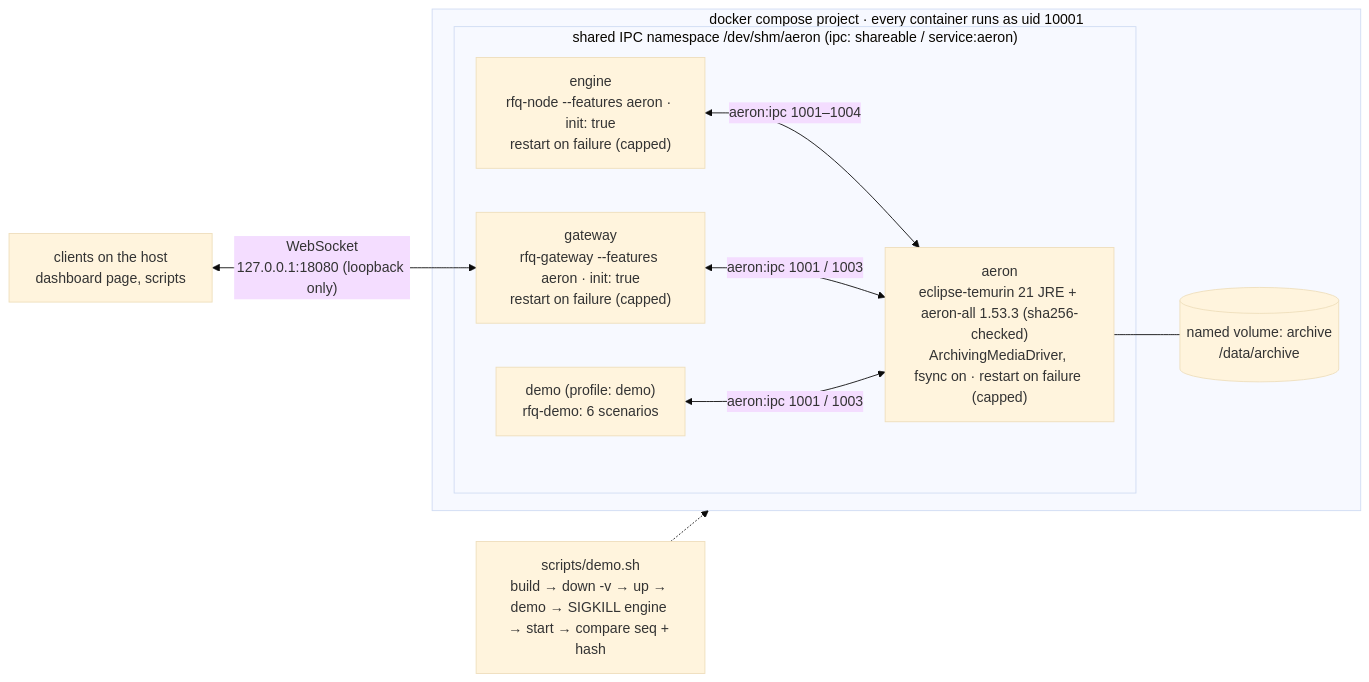
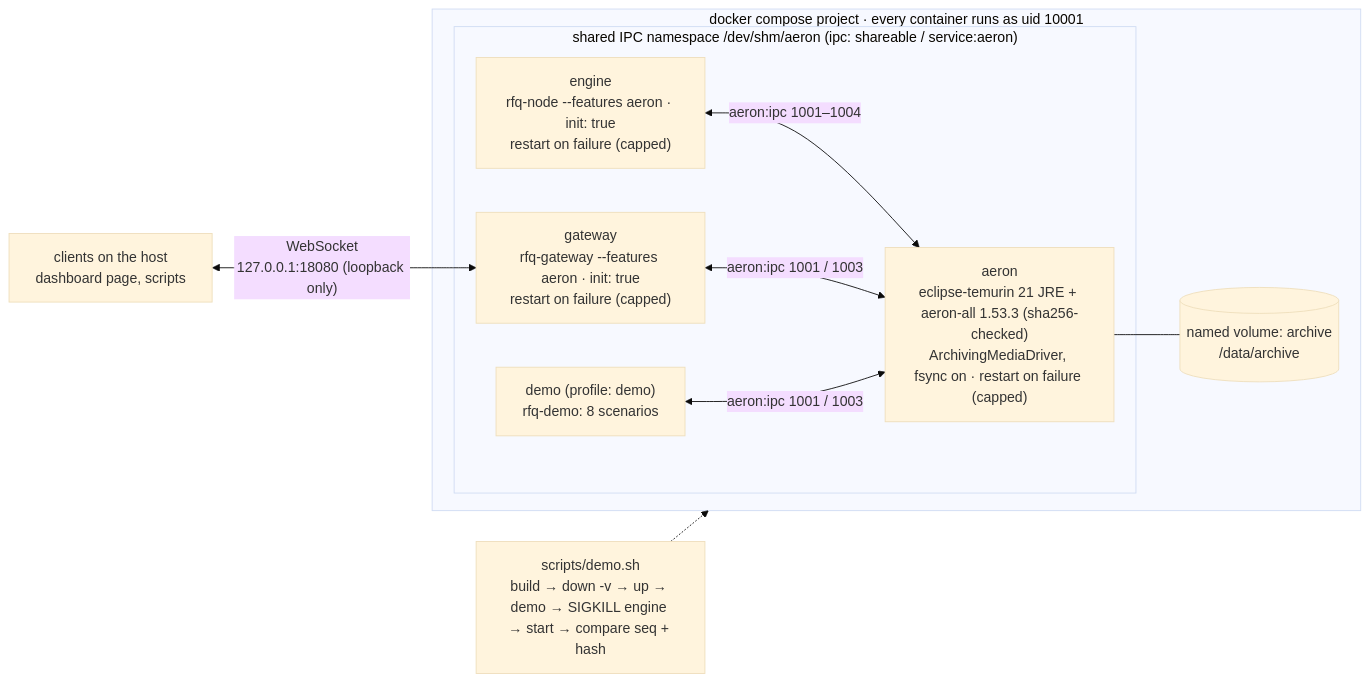
One commit to hmdsefi/rfq changed the fifth of 7 diagrams in docs/architecture/overview.md. Above: the diagram before and after it, drawn with Mermaid (base theme). The commit also changed other lines of this file and 7 other files, not shown here.

````diff
--- a/docs/architecture/overview.md
+++ b/docs/architecture/overview.md
@@ -185,18 +185,18 @@
 ```mermaid
 flowchart LR
   subgraph PROJ["docker compose project · every container runs as uid 10001"]
     subgraph SHM["shared IPC namespace /dev/shm/aeron (ipc: shareable / service:aeron)"]
       AE["aeron<br/>eclipse-temurin 21 JRE + aeron-all 1.53.3 (sha256-checked)<br/>ArchivingMediaDriver, fsync on · restart on failure (capped)"]
       EN["engine<br/>rfq-node --features aeron · init: true<br/>restart on failure (capped)"]
       GWS["gateway<br/>rfq-gateway --features aeron · init: true<br/>restart on failure (capped)"]
-      DE["demo (profile: demo)<br/>rfq-demo: 6 scenarios"]
+      DE["demo (profile: demo)<br/>rfq-demo: 8 scenarios"]
     end
     VOL[("named volume: archive<br/>/data/archive")]
   end
   AE --- VOL
   EN <-->|"aeron:ipc 1001–1004"| AE
   GWS <-->|"aeron:ipc 1001 / 1003"| AE
   CLI["clients on the host<br/>dashboard page, scripts"] <-->|"WebSocket<br/>127.0.0.1:18080 (loopback only)"| GWS
   DE <-->|"aeron:ipc 1001 / 1003"| AE
   SCRIPT["scripts/demo.sh<br/>build → down -v → up → demo → SIGKILL engine → start → compare seq + hash"] -.-> PROJ
 ```
````
